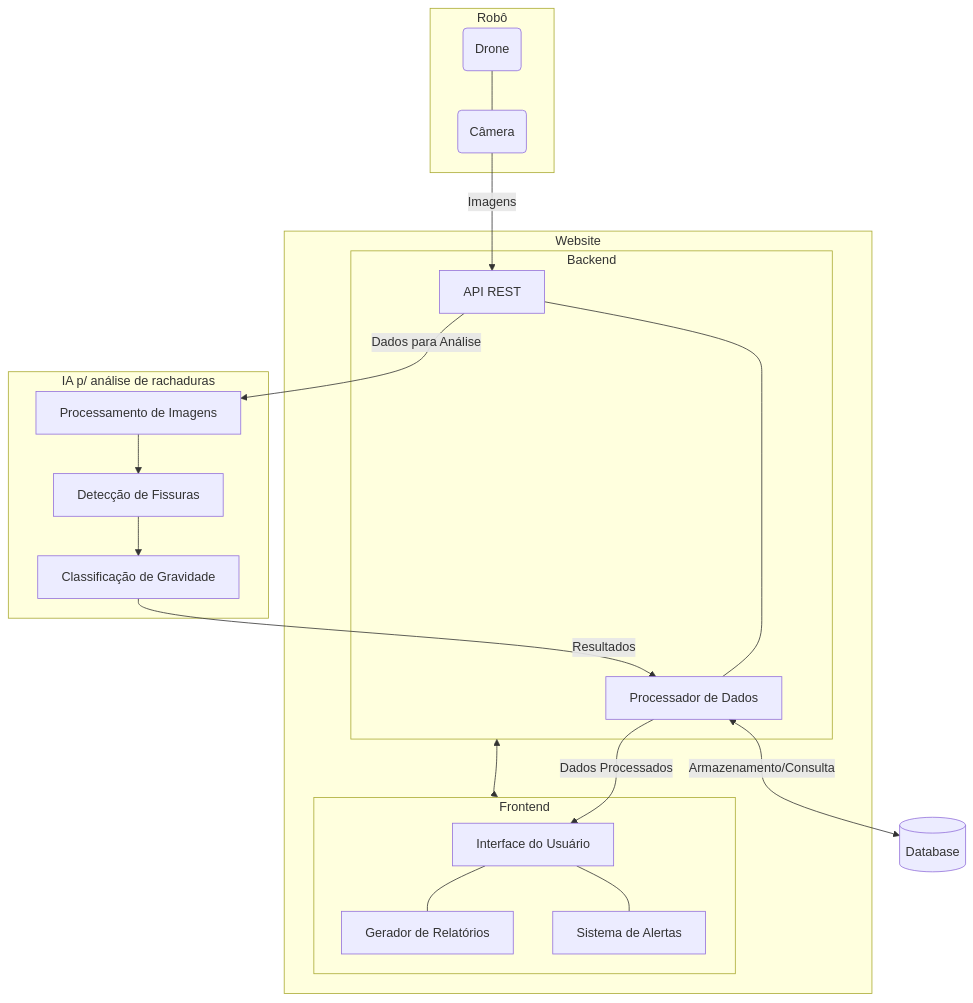
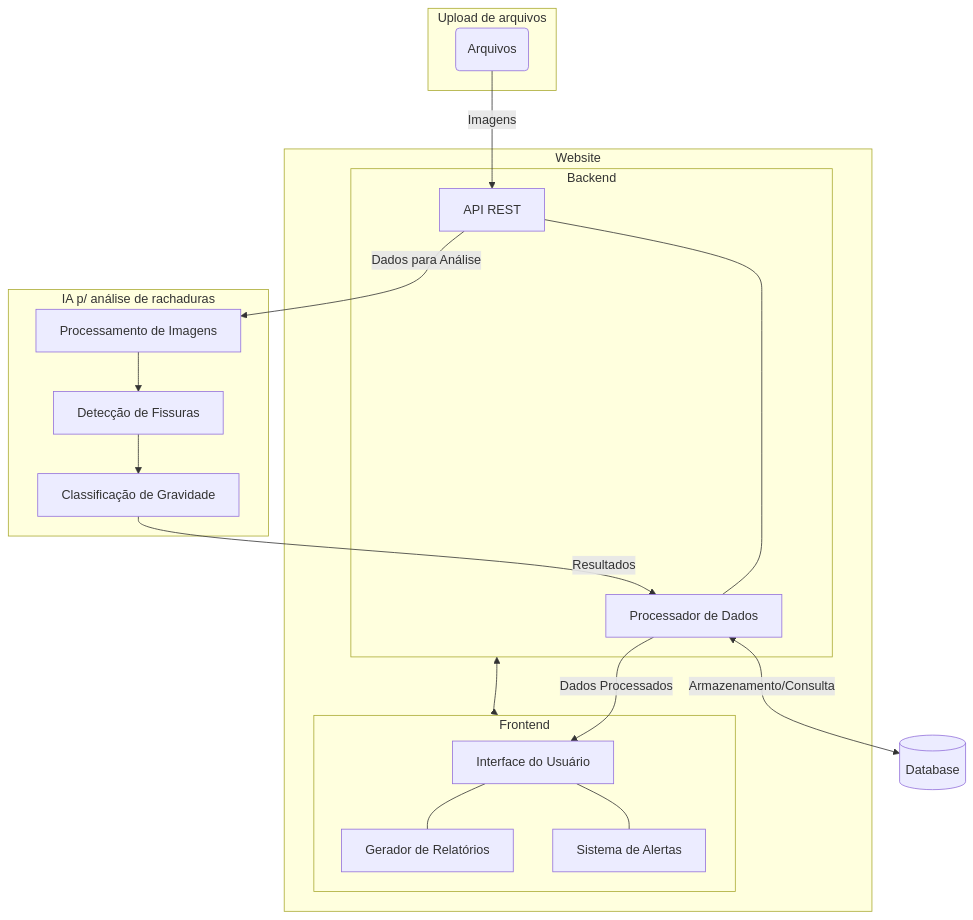
The second of 2 diagrams in docs/docs/sprint-1/especificacoes-tecnicas/Arquitetura_Inicial.md (Inteli-College/2025-1B-T12-EC06-G02), drawn with Mermaid before and after one commit. The commit also changed other lines of this file and 5 other files, not shown here.

````diff
--- a/docs/docs/sprint-1/especificacoes-tecnicas/Arquitetura_Inicial.md
+++ b/docs/docs/sprint-1/especificacoes-tecnicas/Arquitetura_Inicial.md
@@ -49,46 +64,44 @@
 ```mermaid
 flowchart TB
-    %% Dispositivos físicos
-    subgraph "Robô"
-        drone("Drone")
-        camera("Câmera")
-        drone --- camera
+    %% Upload de imagens
+    subgraph "Upload de arquivos"
+        arquivos("Arquivos")
     end
 
     %% Sistema de IA
     subgraph "IA p/ análise de rachaduras"
         ia["Processamento de Imagens"]
         detect["Detecção de Fissuras"]
         classify["Classificação de Gravidade"]
         ia --> detect --> classify
     end
 
     %% Armazenamento
     db[(Database)]
 
     %% Interface
     subgraph "Website"
         subgraph "Backend"
             api["API REST"]
             proc["Processador de Dados"]
             api --- proc
         end
         
         subgraph "Frontend"
             ui["Interface do Usuário"]
             reports["Gerador de Relatórios"]
             alerts["Sistema de Alertas"]
             ui --- reports
             ui --- alerts
         end
         
         Backend <---> Frontend
     end
 
     %% Fluxo de dados
-    camera -->|"Imagens"| api
+    arquivos -->|"Imagens"| api
     api -->|"Dados para Análise"| ia
     classify -->|"Resultados"| proc
     proc <-->|"Armazenamento/Consulta"| db
     proc -->|"Dados Processados"| ui
 ```
````
